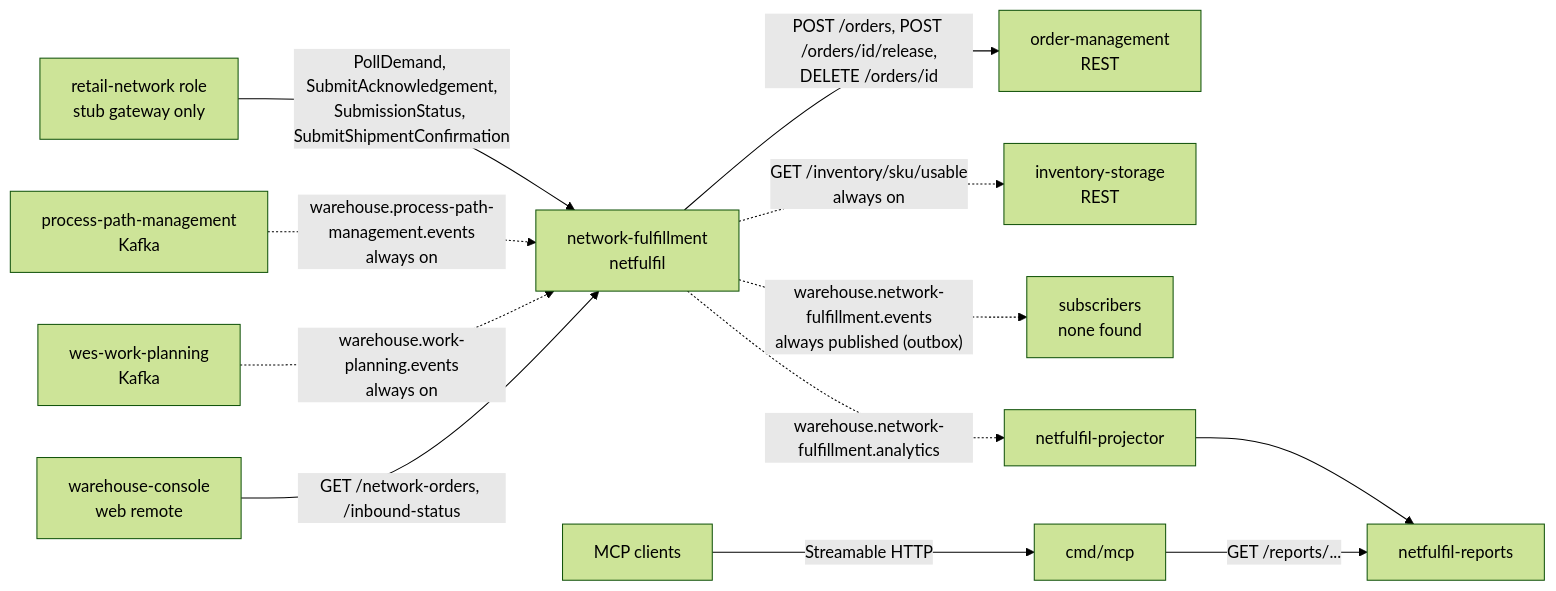
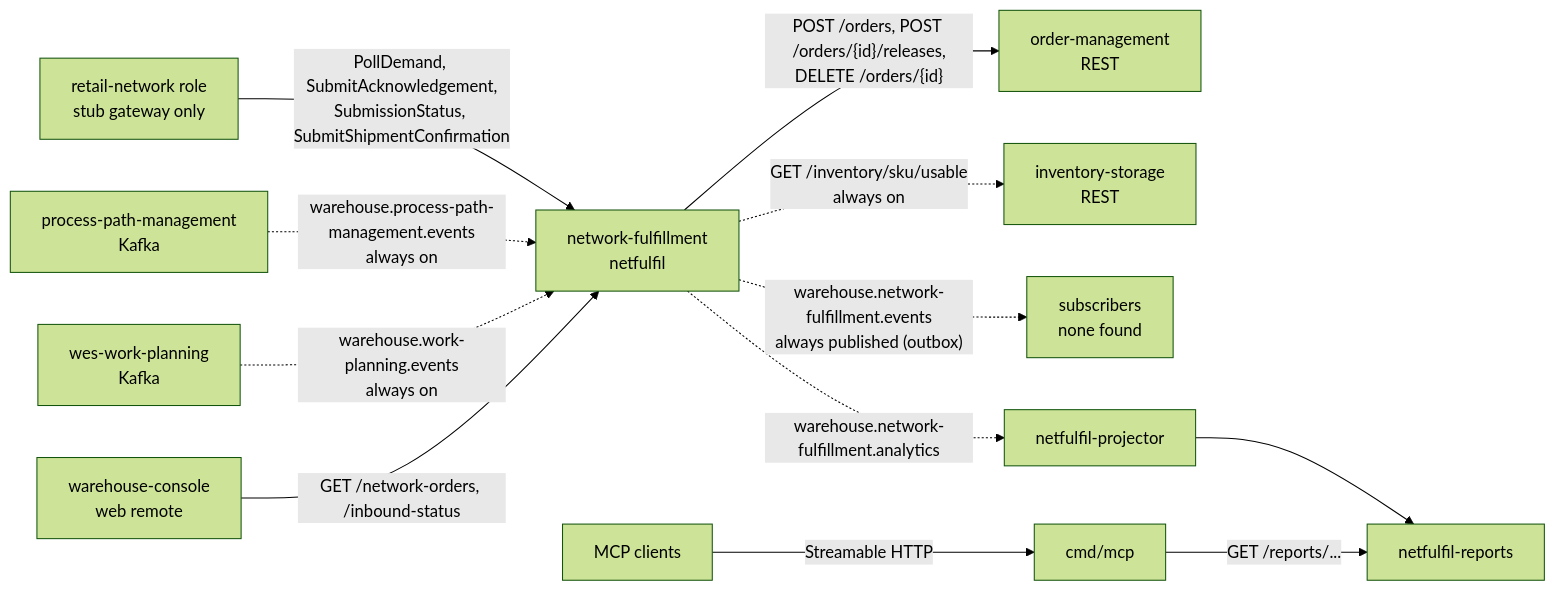
Before and after one commit to IQVO/network-fulfillment: the diagram in docs/docs/ecosystem/integration.md, drawn with Mermaid (forest theme). The commit also changed 2 other files, not shown here.

Commit message:
docs: order-management release route is POST /orders/{id}/releases

````diff
--- a/docs/docs/ecosystem/integration.md
+++ b/docs/docs/ecosystem/integration.md
@@ -18,27 +18,27 @@
 ```mermaid
 flowchart LR
     RN["retail-network role<br/>stub gateway only"]
     OM["order-management<br/>REST"]
     INV["inventory-storage<br/>REST"]
     PPM["process-path-management<br/>Kafka"]
     WWP["wes-work-planning<br/>Kafka"]
     NF["network-fulfillment<br/>netfulfil"]
     MCP["cmd/mcp"]
     PROJ["netfulfil-projector"]
     REP["netfulfil-reports"]
     CON["warehouse-console<br/>web remote"]
     AGT["MCP clients"]
     SUB["subscribers<br/>none found"]
 
     RN -->|"PollDemand, SubmitAcknowledgement,<br/>SubmissionStatus, SubmitShipmentConfirmation"| NF
-    NF -->|"POST /orders, POST /orders/id/release,<br/>DELETE /orders/id"| OM
+    NF -->|"POST /orders, POST /orders/{id}/releases,<br/>DELETE /orders/{id}"| OM
     NF -.->|"GET /inventory/sku/usable<br/>always on"| INV
     PPM -.->|"warehouse.process-path-management.events<br/>always on"| NF
     WWP -.->|"warehouse.work-planning.events<br/>always on"| NF
     NF -.->|"warehouse.network-fulfillment.events<br/>always published (outbox)"| SUB
     NF -.->|"warehouse.network-fulfillment.analytics"| PROJ
     PROJ --> REP
     CON -->|"GET /network-orders, /inbound-status"| NF
     AGT -->|"Streamable HTTP"| MCP
     MCP -->|"GET /reports/..."| REP
 ```
````
